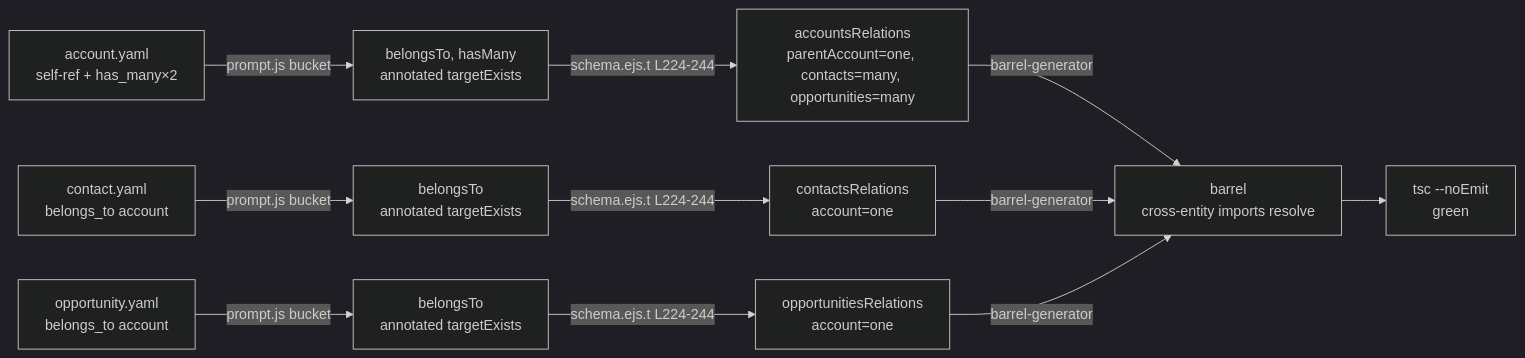
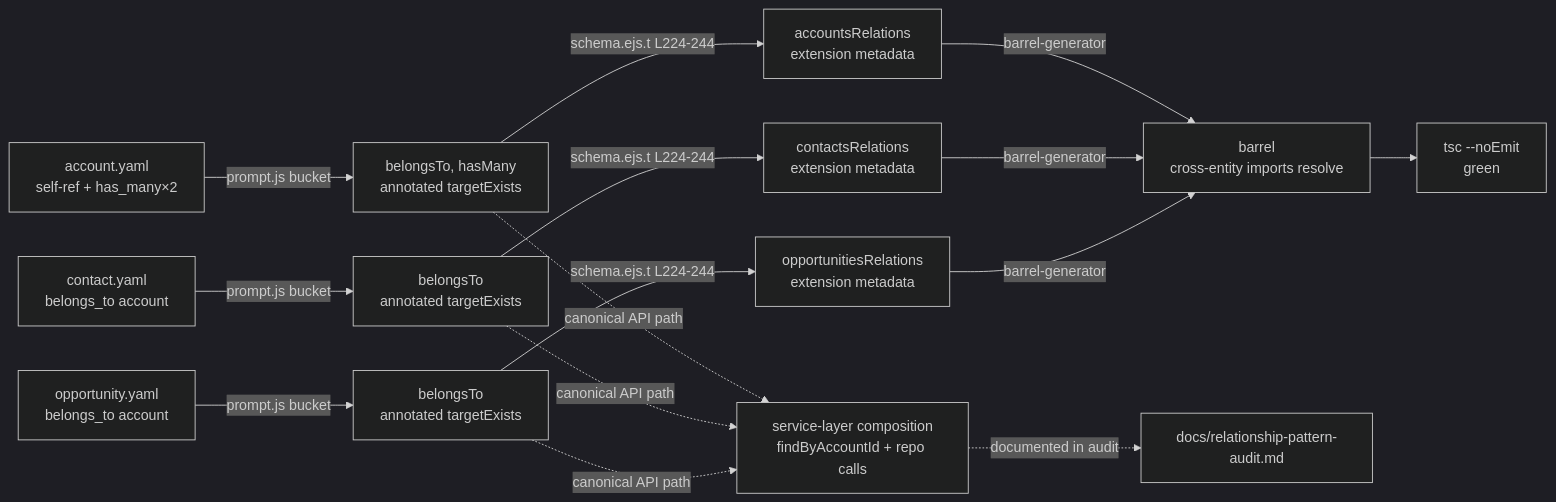
The diagram in .ai-docs/stacks/codegen-app-patterns/specs/cgp-62.md (pattern-stack/codegen-patterns), drawn with Mermaid (dark theme) before and after one commit. The commit also changed other lines of this file and 1 other file, not shown here.

First line of the commit message:
docs(#62): reframe relationship audit for ElectricSQL parity (revision 3)

````diff
--- a/.ai-docs/stacks/codegen-app-patterns/specs/cgp-62.md
+++ b/.ai-docs/stacks/codegen-app-patterns/specs/cgp-62.md
@@ -84,11 +163,13 @@
 ```mermaid
 flowchart LR
   Y1[account.yaml<br/>self-ref + has_many×2] -->|prompt.js bucket| P1[belongsTo, hasMany<br/>annotated targetExists]
   Y2[contact.yaml<br/>belongs_to account] -->|prompt.js bucket| P2[belongsTo<br/>annotated targetExists]
   Y3[opportunity.yaml<br/>belongs_to account] -->|prompt.js bucket| P3[belongsTo<br/>annotated targetExists]
-  P1 -->|schema.ejs.t L224-244| S1[accountsRelations<br/>parentAccount=one, contacts=many, opportunities=many]
-  P2 -->|schema.ejs.t L224-244| S2[contactsRelations<br/>account=one]
-  P3 -->|schema.ejs.t L224-244| S3[opportunitiesRelations<br/>account=one]
+  P1 -->|schema.ejs.t L224-244| S1[accountsRelations<br/>extension metadata]
+  P2 -->|schema.ejs.t L224-244| S2[contactsRelations<br/>extension metadata]
+  P3 -->|schema.ejs.t L224-244| S3[opportunitiesRelations<br/>extension metadata]
   S1 & S2 & S3 -->|barrel-generator| B[barrel<br/>cross-entity imports resolve]
   B --> T[tsc --noEmit<br/>green]
+  P1 & P2 & P3 -.canonical API path.-> C[service-layer composition<br/>findByAccountId + repo calls]
+  C -.documented in audit.-> AD[docs/relationship-pattern-audit.md]
 ```
````
